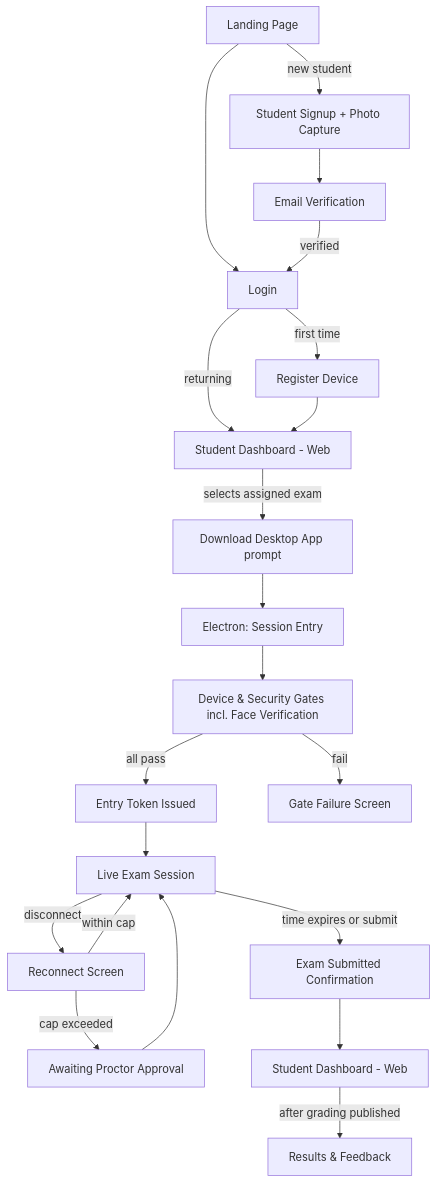
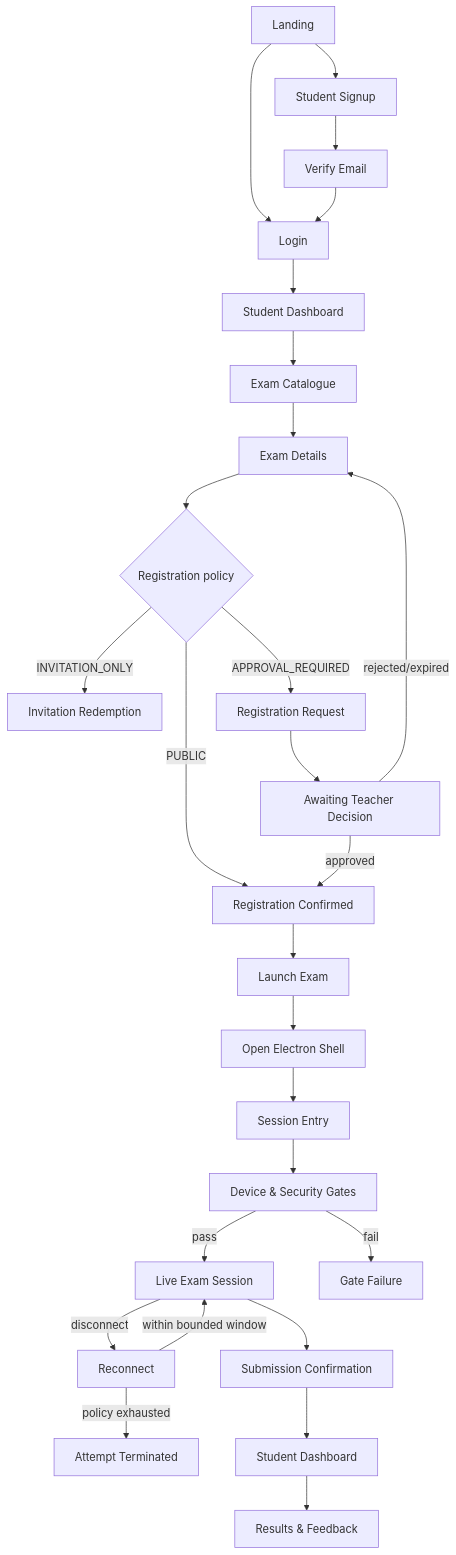
Before and after one commit to Khubaib-Asif/online-exam-platform: the first of 3 diagrams in docs/modules/SCREEN_INVENTORY.md, drawn with Mermaid. The commit also changed other lines of this file and 85 other files, not shown here.

````diff
--- a/docs/modules/SCREEN_INVENTORY.md
+++ b/docs/modules/SCREEN_INVENTORY.md
@@ -77,25 +103,29 @@
 ```mermaid
 flowchart TD
-    A[Landing Page] --> B[Login]
-    A -->|new student| B2[Student Signup + Photo Capture]
-    B2 --> C2[Email Verification]
-    C2 -->|verified| B
-    
-    B -->|first time| C[Register Device]
-    B -->|returning| D[Student Dashboard - Web]
-    C --> D
-    
-    D -->|selects assigned exam| E[Download Desktop App prompt]
-    E --> F[Electron: Session Entry]
-    F --> G[Device & Security Gates incl. Face Verification]
-    G -->|all pass| H[Entry Token Issued]
-    G -->|fail| I[Gate Failure Screen]
-    H --> J[Live Exam Session]
-    J -->|disconnect| K[Reconnect Screen]
-    K -->|within cap| J
-    K -->|cap exceeded| L[Awaiting Proctor Approval]
-    L --> J
-    J -->|time expires or submit| M[Exam Submitted Confirmation]
-    M --> N[Student Dashboard - Web]
-    N -->|after grading published| O[Results & Feedback]
+    A[Landing] --> B[Login]
+    A --> C[Student Signup]
+    C --> D[Verify Email]
+    D --> B
+    B --> E[Student Dashboard]
+    E --> F[Exam Catalogue]
+    F --> G[Exam Details]
+    G --> H{Registration policy}
+    H -->|PUBLIC| I[Registration Confirmed]
+    H -->|INVITATION_ONLY| J[Invitation Redemption]
+    H -->|APPROVAL_REQUIRED| K[Registration Request]
+    K --> L[Awaiting Teacher Decision]
+    L -->|approved| I
+    L -->|rejected/expired| G
+    I --> M[Launch Exam]
+    M --> N[Open Electron Shell]
+    N --> O[Session Entry]
+    O --> P[Device & Security Gates]
+    P -->|pass| Q[Live Exam Session]
+    P -->|fail| R[Gate Failure]
+    Q -->|disconnect| S[Reconnect]
+    S -->|within bounded window| Q
+    S -->|policy exhausted| T[Attempt Terminated]
+    Q --> U[Submission Confirmation]
+    U --> V[Student Dashboard]
+    V --> W[Results & Feedback]
 ```
````
